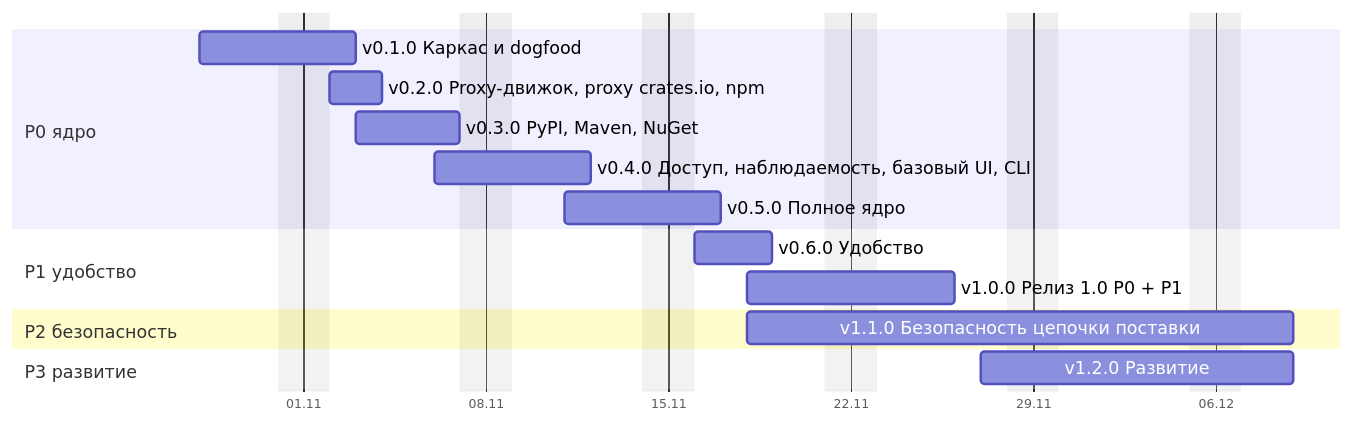
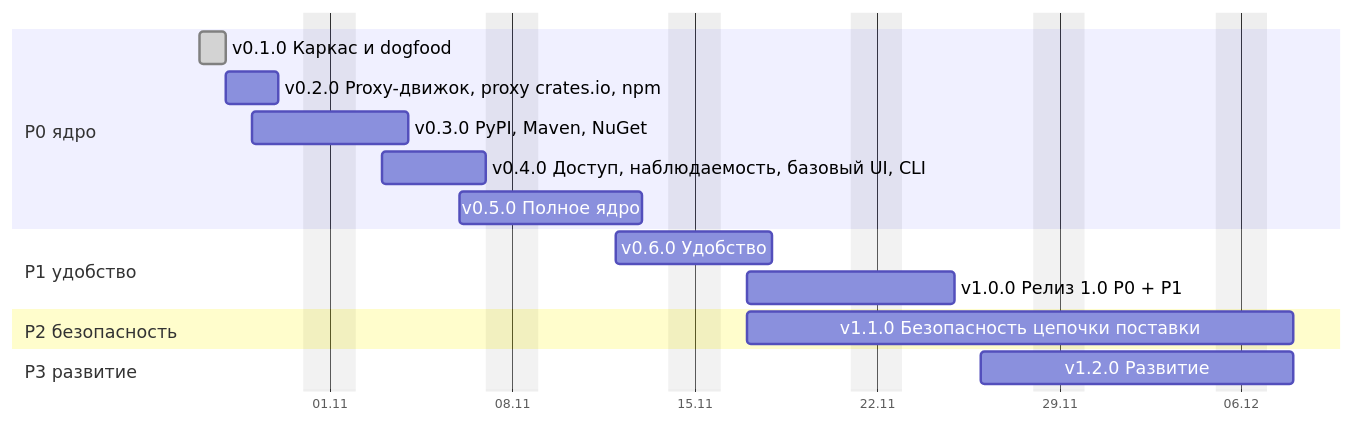
Before and after one commit to izevg/CRANE: the diagram in ROADMAP.md, drawn with Mermaid. The commit also changed other lines of this file and 5 other files, not shown here.

````diff
--- a/ROADMAP.md
+++ b/ROADMAP.md
@@ -19,21 +21,21 @@
 ```mermaid
 %%{init: {"gantt": {"fontSize": 14, "sectionFontSize": 14, "barHeight": 26, "barGap": 6, "leftPadding": 150}}}%%
 gantt
   todayMarker off
   dateFormat YYYY-MM-DD
   axisFormat %d.%m
   excludes weekends
   section P0 ядро
-  v0.1.0 Каркас и dogfood :2026-10-28, 4d
-  v0.2.0 Proxy-движок, proxy crates.io, npm :2026-11-02, 2d
-  v0.3.0 PyPI, Maven, NuGet :2026-11-03, 4d
-  v0.4.0 Доступ, наблюдаемость, базовый UI, CLI :2026-11-06, 4d
-  v0.5.0 Полное ядро :2026-11-11, 4d
+  v0.1.0 Каркас и dogfood :done, 2026-10-27, 1d
+  v0.2.0 Proxy-движок, proxy crates.io, npm :2026-10-28, 2d
+  v0.3.0 PyPI, Maven, NuGet :2026-10-29, 4d
+  v0.4.0 Доступ, наблюдаемость, базовый UI, CLI :2026-11-03, 4d
+  v0.5.0 Полное ядро :2026-11-06, 5d
   section P1 удобство
-  v0.6.0 Удобство :2026-11-16, 3d
-  v1.0.0 Релиз 1.0 P0 + P1 :2026-11-18, 6d
+  v0.6.0 Удобство :2026-11-12, 4d
+  v1.0.0 Релиз 1.0 P0 + P1 :2026-11-17, 6d
   section P2 безопасность
-  v1.1.0 Безопасность цепочки поставки :2026-11-18, 15d
+  v1.1.0 Безопасность цепочки поставки :2026-11-17, 15d
   section P3 развитие
-  v1.2.0 Развитие :2026-11-27, 8d
+  v1.2.0 Развитие :2026-11-26, 8d
 ```
````
